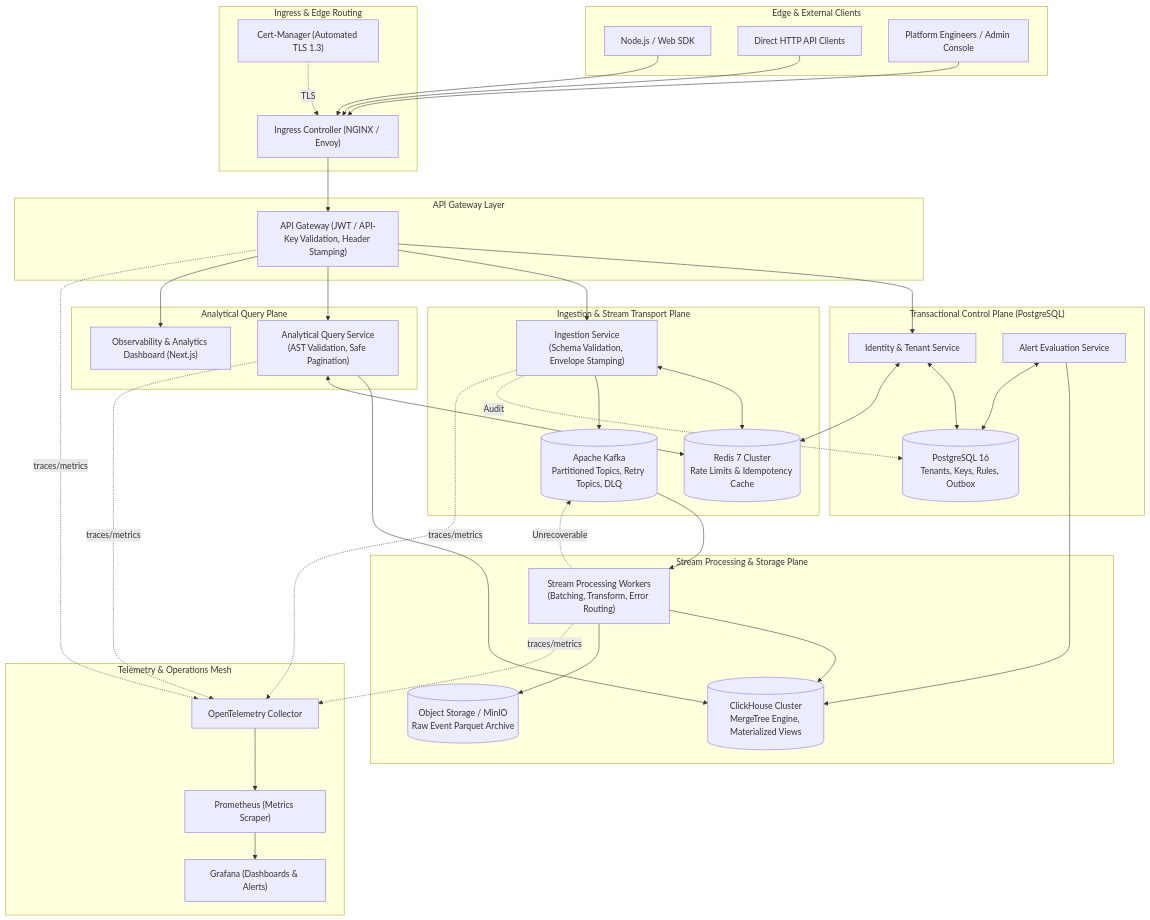
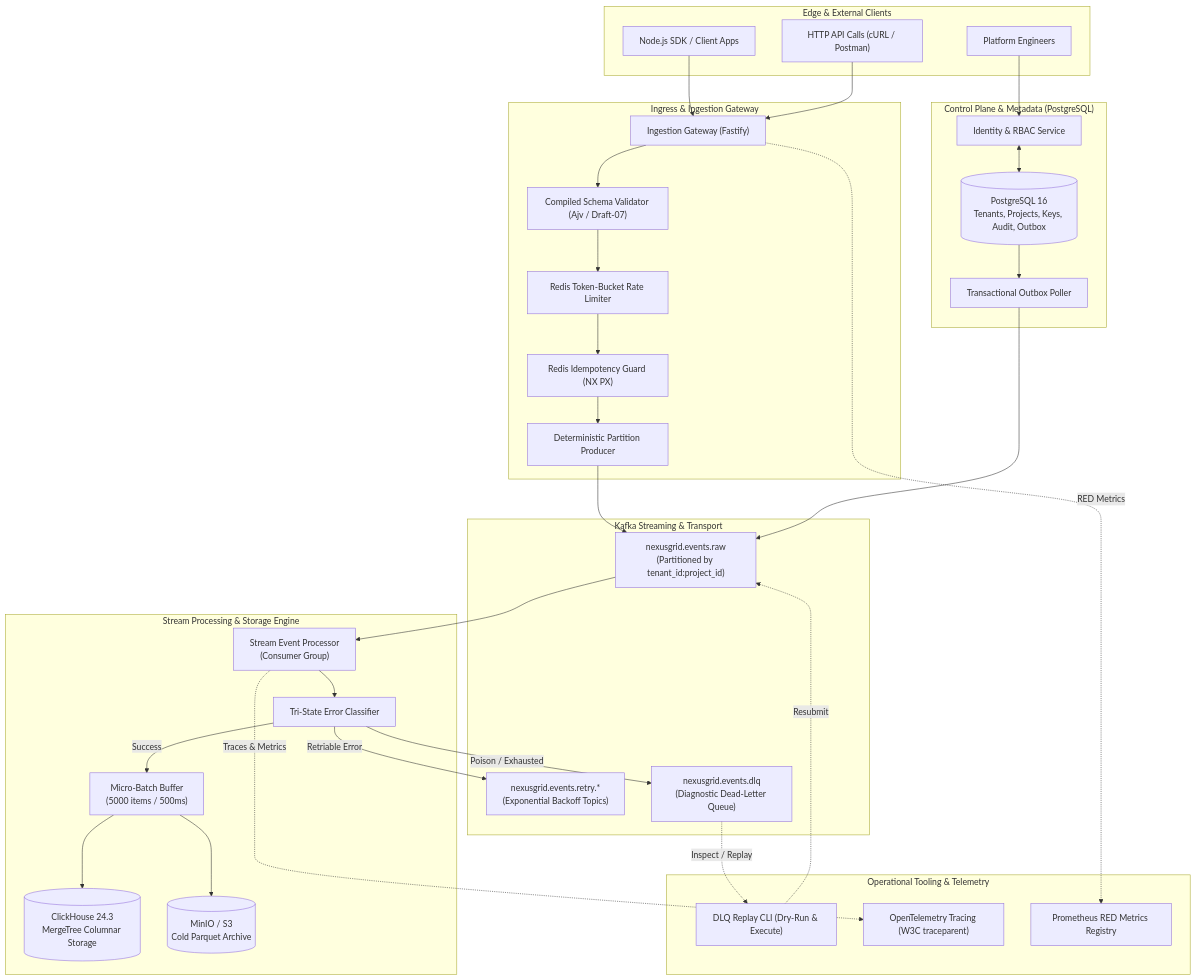
The diagram in README.md (Ankush321-collab/NexusGrid-A-Distributed-Event-Intelligence-Data-Platform), drawn with Mermaid before and after one commit. The commit also changed other lines of this file, not shown here.

Commit message:
docs: comprehensive project README explaining architecture, verified phases 0-3, APIs, and roadmap

````diff
--- a/README.md
+++ b/README.md
@@ -71,81 +44,70 @@
 ```mermaid
 flowchart TB
     subgraph Clients["Edge & External Clients"]
-        SDK["Node.js / Web SDK"]
-        EXT_API["Direct HTTP API Clients"]
-        ADMIN["Platform Engineers / Admin Console"]
+        SDK["Node.js SDK / Client Apps"]
+        API_CALL["HTTP API Calls (cURL / Postman)"]
+        ADMIN["Platform Engineers"]
     end
 
-    subgraph Edge["Ingress & Edge Routing"]
-        INGRESS["Ingress Controller (NGINX / Envoy)"]
-        CERT["Cert-Manager (Automated TLS 1.3)"]
+    subgraph IngressPlane["Ingress & Ingestion Gateway"]
+        GW["Ingestion Gateway (Fastify)"]
+        VAL["Compiled Schema Validator (Ajv / Draft-07)"]
+        RL["Redis Token-Bucket Rate Limiter"]
+        IDEM["Redis Idempotency Guard (NX PX)"]
+        PROD["Deterministic Partition Producer"]
     end
 
-    subgraph GatewayLayer["API Gateway Layer"]
-        GW["API Gateway (JWT / API-Key Validation, Header Stamping)"]
+    subgraph ControlPlane["Control Plane & Metadata (PostgreSQL)"]
+        AUTH["Identity & RBAC Service"]
+        PG[(PostgreSQL 16\nTenants, Projects, Keys, Audit, Outbox)]
+        OUTBOX["Transactional Outbox Poller"]
     end
 
-    subgraph ControlPlane["Transactional Control Plane (PostgreSQL)"]
-        AUTH_SVC["Identity & Tenant Service"]
-        ALERT_SVC["Alert Evaluation Service"]
-        PG[(PostgreSQL 16\nTenants, Keys, Rules, Outbox)]
+    subgraph StreamingPlane["Kafka Streaming & Transport"]
+        RAW["nexusgrid.events.raw\n(Partitioned by tenant_id:project_id)"]
+        RETRY["nexusgrid.events.retry.*\n(Exponential Backoff Topics)"]
+        DLQ["nexusgrid.events.dlq\n(Diagnostic Dead-Letter Queue)"]
     end
 
-    subgraph IngestionPlane["Ingestion & Stream Transport Plane"]
-        INGEST_SVC["Ingestion Service\n(Schema Validation, Envelope Stamping)"]
-        REDIS[(Redis 7 Cluster\nRate Limits & Idempotency Cache)]
-        KAFKA[(Apache Kafka\nPartitioned Topics, Retry Topics, DLQ)]
+    subgraph ProcessingPlane["Stream Processing & Storage Engine"]
+        WORKER["Stream Event Processor\n(Consumer Group)"]
+        CLASS["Tri-State Error Classifier"]
+        BATCH["Micro-Batch Buffer\n(5000 items / 500ms)"]
+        CH[(ClickHouse 24.3\nMergeTree Columnar Storage)]
+        S3[(MinIO / S3\nCold Parquet Archive)]
     end
 
-    subgraph ProcessingPlane["Stream Processing & Storage Plane"]
-        WORKERS["Stream Processing Workers\n(Batching, Transform, Error Routing)"]
-        CH[(ClickHouse Cluster\nMergeTree Engine, Materialized Views)]
-        S3[(Object Storage / MinIO\nRaw Event Parquet Archive)]
+    subgraph Operations["Operational Tooling & Telemetry"]
+        REPLAY["DLQ Replay CLI (Dry-Run & Execute)"]
+        OTEL["OpenTelemetry Tracing (W3C traceparent)"]
+        METRICS["Prometheus RED Metrics Registry"]
     end
 
-    subgraph AnalyticalPlane["Analytical Query Plane"]
-        QUERY_SVC["Analytical Query Service\n(AST Validation, Safe Pagination)"]
-        DASH["Observability & Analytics Dashboard (Next.js)"]
-    end
+    SDK --> GW
+    API_CALL --> GW
+    ADMIN --> AUTH
 
-    subgraph ObservabilityMesh["Telemetry & Operations Mesh"]
-        OTEL["OpenTelemetry Collector"]
-        PROM["Prometheus (Metrics Scraper)"]
-        GRAF["Grafana (Dashboards & Alerts)"]
-    end
+    GW --> VAL
+    VAL --> RL
+    RL --> IDEM
+    IDEM --> PROD
+    PROD --> RAW
 
-    SDK --> INGRESS
-    EXT_API --> INGRESS
-    ADMIN --> INGRESS
-    CERT -. TLS .-> INGRESS
-    INGRESS --> GW
+    AUTH <--> PG
+    PG --> OUTBOX
+    OUTBOX --> RAW
 
-    GW --> AUTH_SVC
-    GW --> INGEST_SVC
-    GW --> QUERY_SVC
-    GW --> DASH
+    RAW --> WORKER
+    WORKER --> CLASS
+    CLASS -- "Retriable Error" --> RETRY
+    CLASS -- "Poison / Exhausted" --> DLQ
+    CLASS -- "Success" --> BATCH
+    BATCH --> CH
+    BATCH --> S3
 
-    AUTH_SVC <--> PG
-    AUTH_SVC <--> REDIS
+    DLQ -. "Inspect / Replay" .-> REPLAY
+    REPLAY -. "Resubmit" .-> RAW
 
-    INGEST_SVC <--> REDIS
-    INGEST_SVC --> KAFKA
-    INGEST_SVC -. Audit .-> PG
-
-    KAFKA --> WORKERS
-    WORKERS --> CH
-    WORKERS --> S3
-    WORKERS -. Unrecoverable .-> KAFKA
-
-    QUERY_SVC --> CH
-    QUERY_SVC <--> REDIS
-    ALERT_SVC --> CH
-    ALERT_SVC <--> PG
-
-    GW -. traces/metrics .-> OTEL
-    INGEST_SVC -. traces/metrics .-> OTEL
-    WORKERS -. traces/metrics .-> OTEL
-    QUERY_SVC -. traces/metrics .-> OTEL
-    OTEL --> PROM
-    PROM --> GRAF
+    GW -. "RED Metrics" .-> METRICS
+    WORKER -. "Traces & Metrics" .-> OTEL
 ```
````
